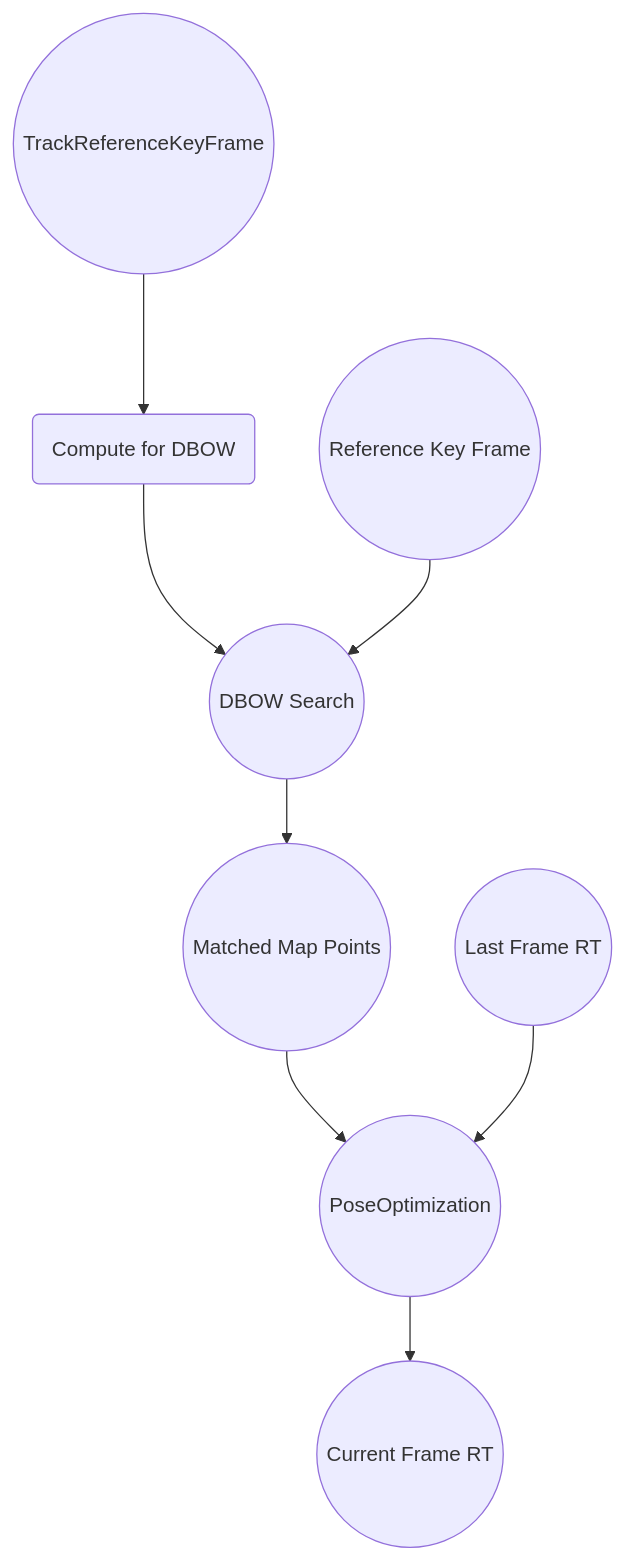
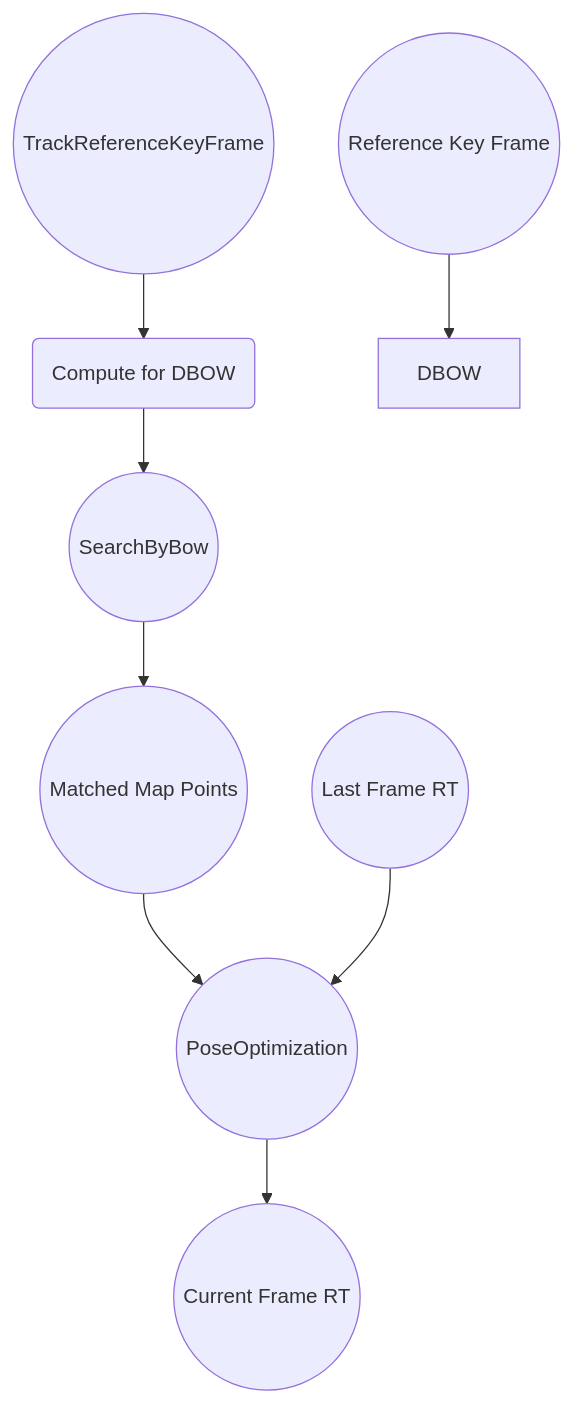
The sixth of 10 diagrams in Track.md (huang-yuefeng/3DComputerVision), drawn with Mermaid before and after one commit.

````diff
--- a/Track.md
+++ b/Track.md
@@ -153,10 +153,10 @@
 ```mermaid
       graph TD
 			TrackReferenceKeyFrame((TrackReferenceKeyFrame)) --> ComputeBow(Compute for DBOW)
-			ComputeBow --> DBOW
-			DBOW((DBOW Search)) --> MatchedMapPoints((Matched Map Points))
+			ComputeBow --> SearchByBow
+			SearchByBow((SearchByBow)) --> MatchedMapPoints((Matched Map Points))
 			RefKeyFrame((Reference Key Frame)) --> DBOW
 			MatchedMapPoints --> PoseOptimization((PoseOptimization))
 			LastRT((Last Frame RT)) --> PoseOptimization
 			PoseOptimization --> CurrentRT((Current Frame RT))
 ```
````
